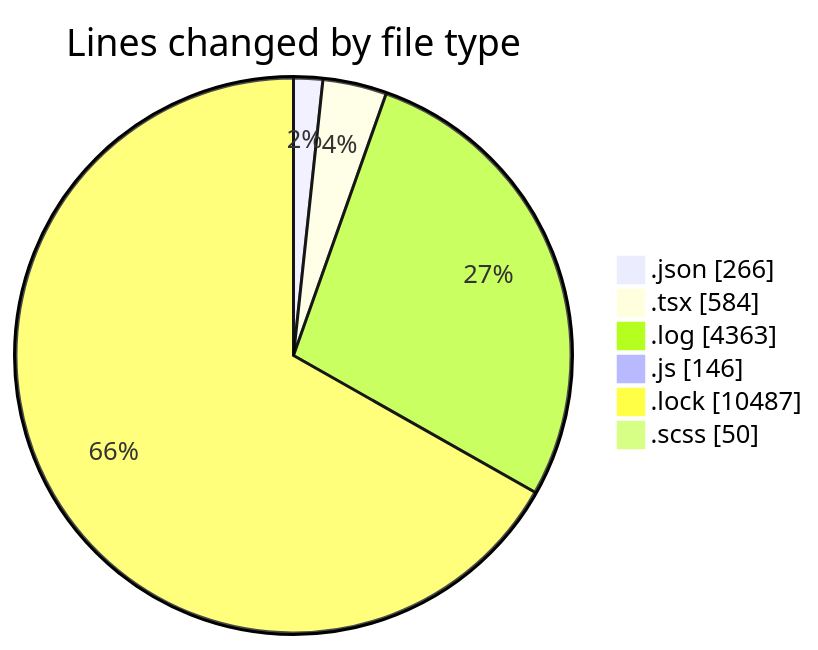
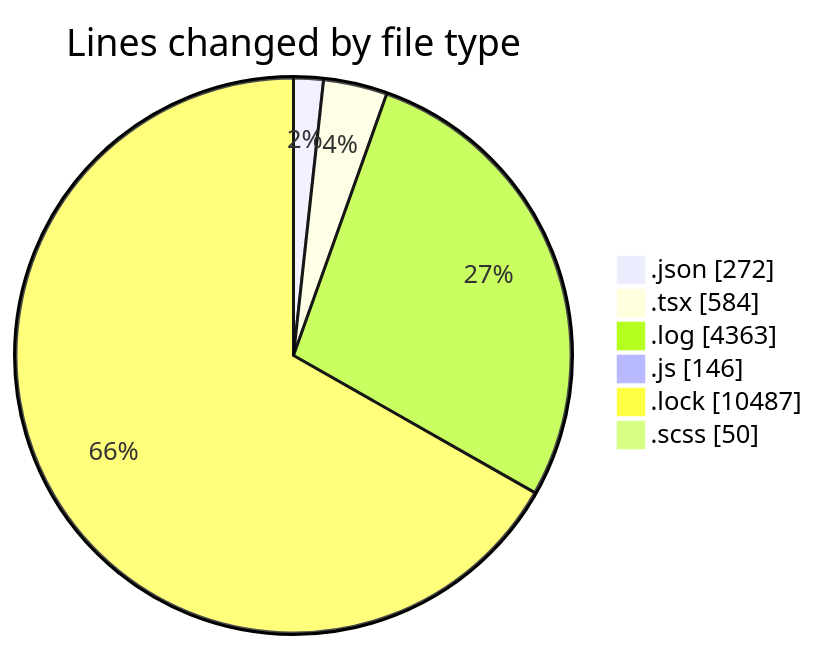
Before and after one commit to momahboobian/code-tracking: the first of 2 diagrams in 2026-03-24/cda/README.md, drawn with Mermaid. The commit also changed other lines of this file and 1 other file, not shown here.

````diff
--- a/2026-03-24/cda/README.md
+++ b/2026-03-24/cda/README.md
@@ -29,10 +29,10 @@
 ```mermaid
 pie showData
 title Lines changed by file type
-".json" : 266
+".json" : 272
 ".tsx" : 584
 ".log" : 4363
 ".js" : 146
 ".lock" : 10487
 ".scss" : 50
 ```
````
